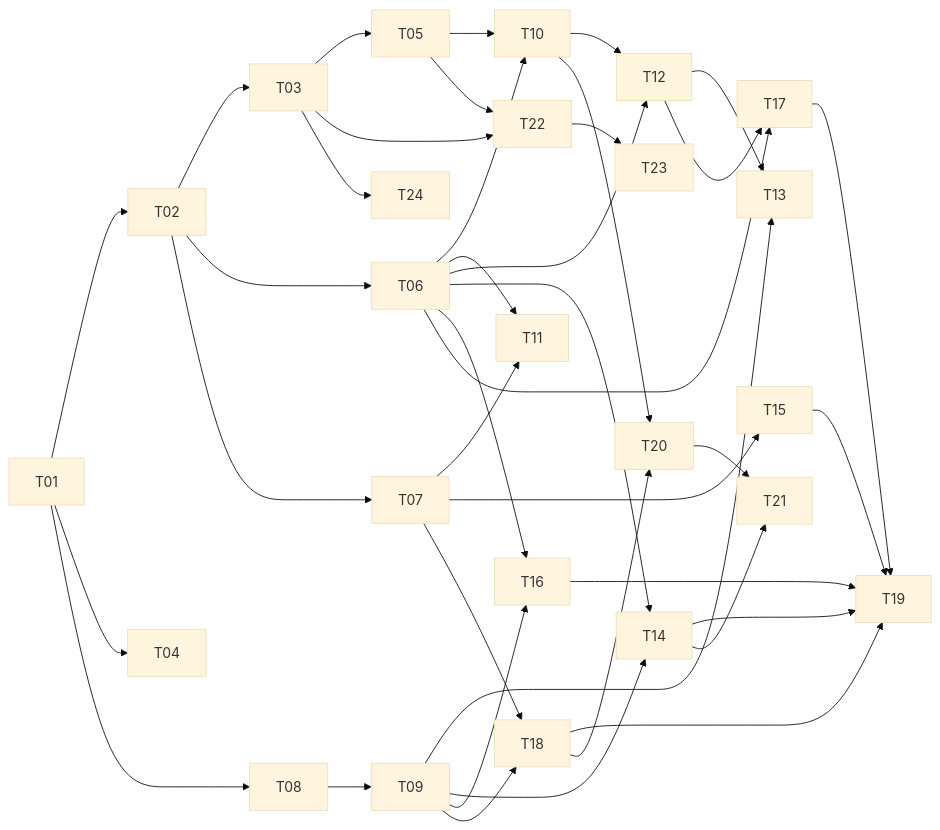
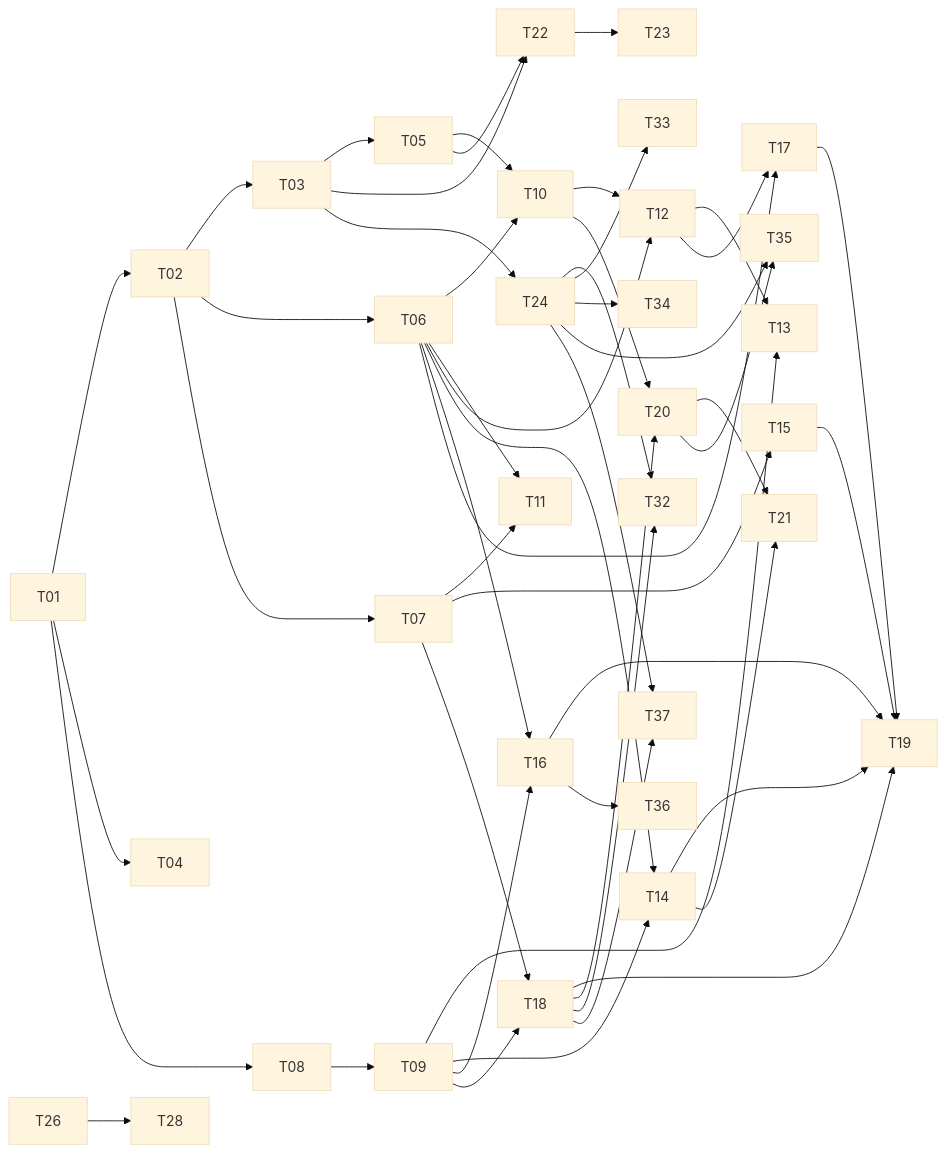
Before and after one commit to i-gabdrahmanov/ForgeIDE: the diagram in docs/tasks/README.md, drawn with Mermaid (base theme). The commit also changed other lines of this file and 8 other files, not shown here.

````diff
--- a/docs/tasks/README.md
+++ b/docs/tasks/README.md
@@ -37,34 +50,42 @@
 ```mermaid
 flowchart LR
     T01 --> T02 --> T03 --> T05
     T01 --> T04
     T01 --> T08 --> T09
     T02 --> T06
     T02 --> T07
     T05 --> T10
     T06 --> T10
     T06 --> T11
     T07 --> T11
     T06 --> T12
     T10 --> T12
     T09 --> T13
     T12 --> T13
     T06 --> T14
     T09 --> T14
     T07 --> T15
     T06 --> T16
     T09 --> T16
     T06 --> T17
     T12 --> T17
     T07 --> T18
     T09 --> T18
     T14 & T15 & T16 & T17 & T18 --> T19
     T10 --> T20
     T18 --> T20
     T14 --> T21
     T20 --> T21
     T03 --> T22
     T05 --> T22
     T22 --> T23
     T03 --> T24
+    T26 --> T28
+    T18 --> T32
+    T24 --> T32 & T33 & T34
+    T20 --> T35
+    T24 --> T35
+    T16 --> T36
+    T18 --> T37
+    T24 --> T37
 ```
````
